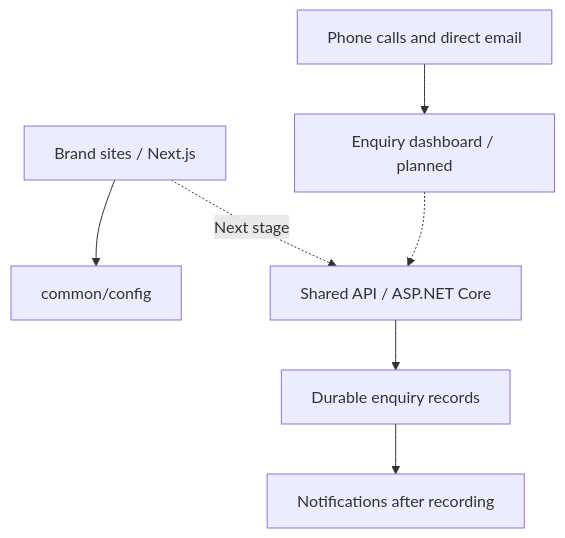
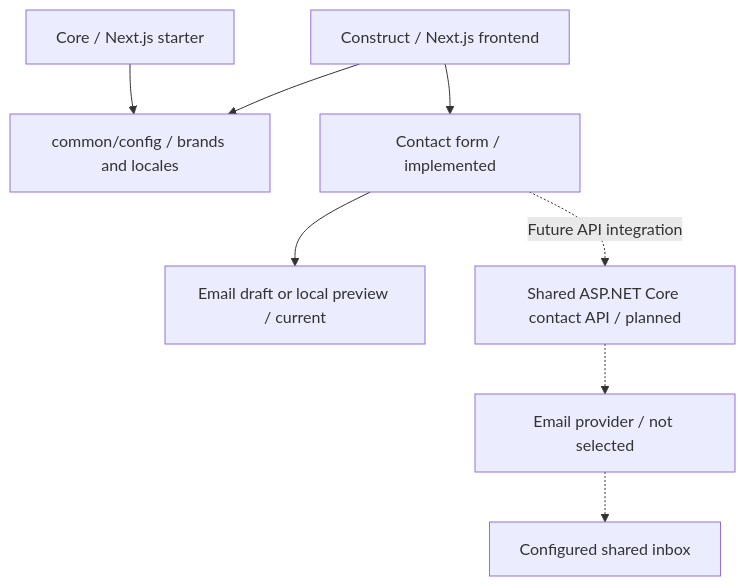
Before and after one commit to YioGoi/core-initiative: the diagram in docs/architecture.md, drawn with Mermaid. The commit also changed other lines of this file and 21 other files, not shown here.

````diff
--- a/docs/architecture.md
+++ b/docs/architecture.md
@@ -13,9 +9,10 @@
 ```mermaid
 flowchart TD
-    Sites["Brand sites / Next.js"] --> Shared["common/config"]
-    Sites -. "Next stage" .-> API["Shared API / ASP.NET Core"]
-    Panel["Enquiry dashboard / planned"] -.-> API
-    Manual["Phone calls and direct email"] --> Panel
-    API --> DB["Durable enquiry records"]
-    DB --> Mail["Notifications after recording"]
+    Core["Core / Next.js starter"] --> Config["common/config / brands and locales"]
+    Construct["Construct / Next.js frontend"] --> Config
+    Construct --> Form["Contact form / implemented"]
+    Form --> Draft["Email draft or local preview / current"]
+    Form -. "Future API integration" .-> API["Shared ASP.NET Core contact API / planned"]
+    API -.-> Provider["Email provider / not selected"]
+    Provider -.-> Inbox["Configured shared inbox"]
 ```
````
